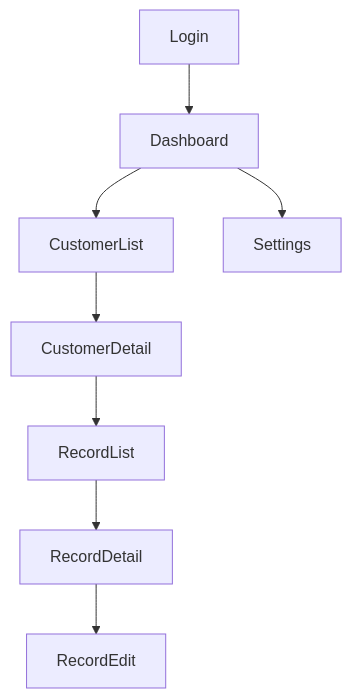
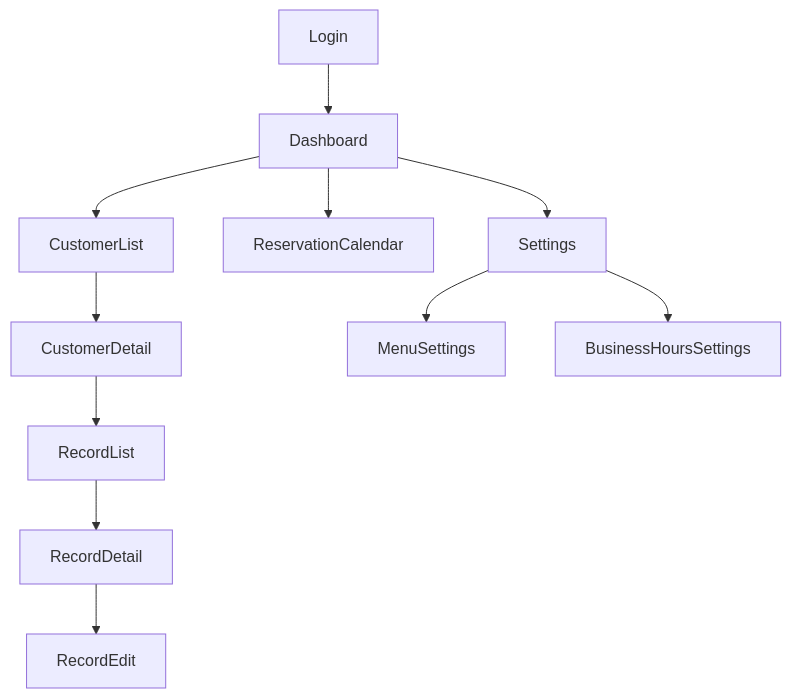
One commit to realizeworks0701-ux/realize-beauty changed the diagram in docs/ui/navigation.md. Above: the diagram before and after it, drawn with Mermaid. The commit also changed other lines of this file and 26 other files, not shown here.

````diff
--- a/docs/ui/navigation.md
+++ b/docs/ui/navigation.md
@@ -3,17 +3,23 @@
 ```mermaid
 flowchart TD
 
 Login --> Dashboard
 
 Dashboard --> CustomerList
 
 CustomerList --> CustomerDetail
 
 CustomerDetail --> RecordList
 
 RecordList --> RecordDetail
 
 RecordDetail --> RecordEdit
 
+Dashboard --> ReservationCalendar
+
 Dashboard --> Settings
+
+Settings --> MenuSettings
+
+Settings --> BusinessHoursSettings
 ```
````
